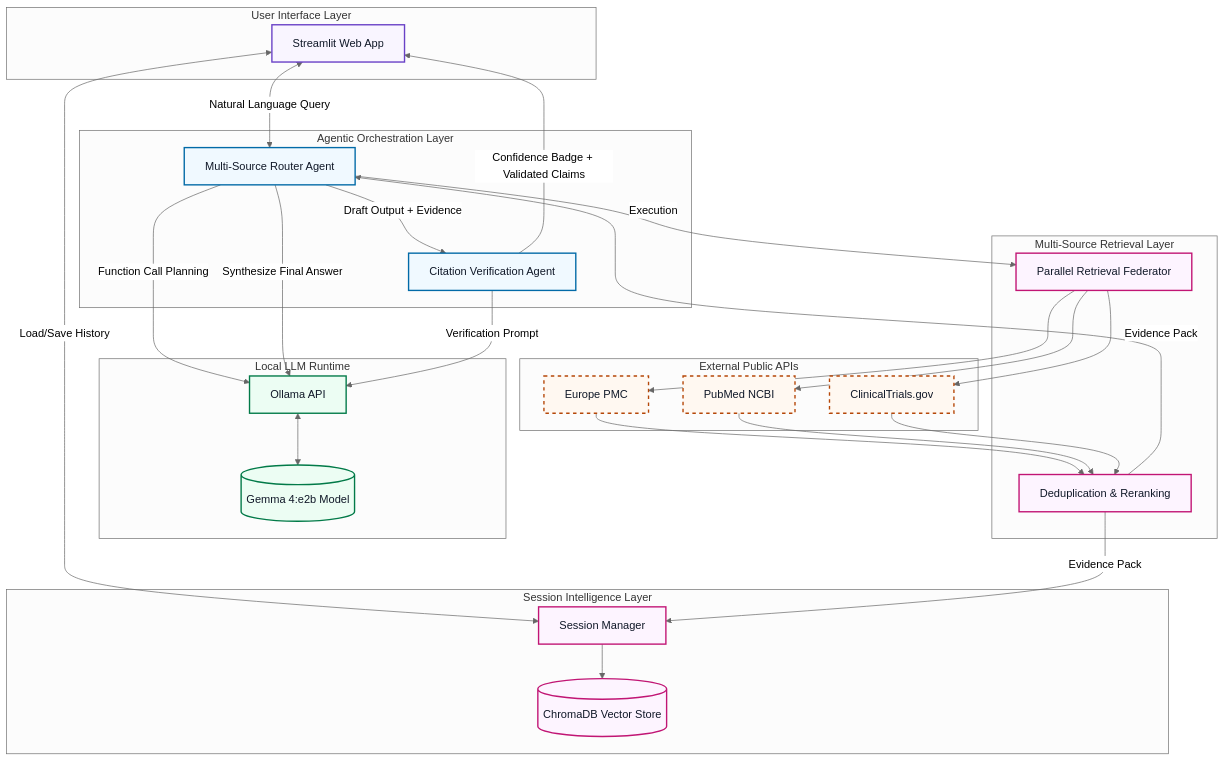
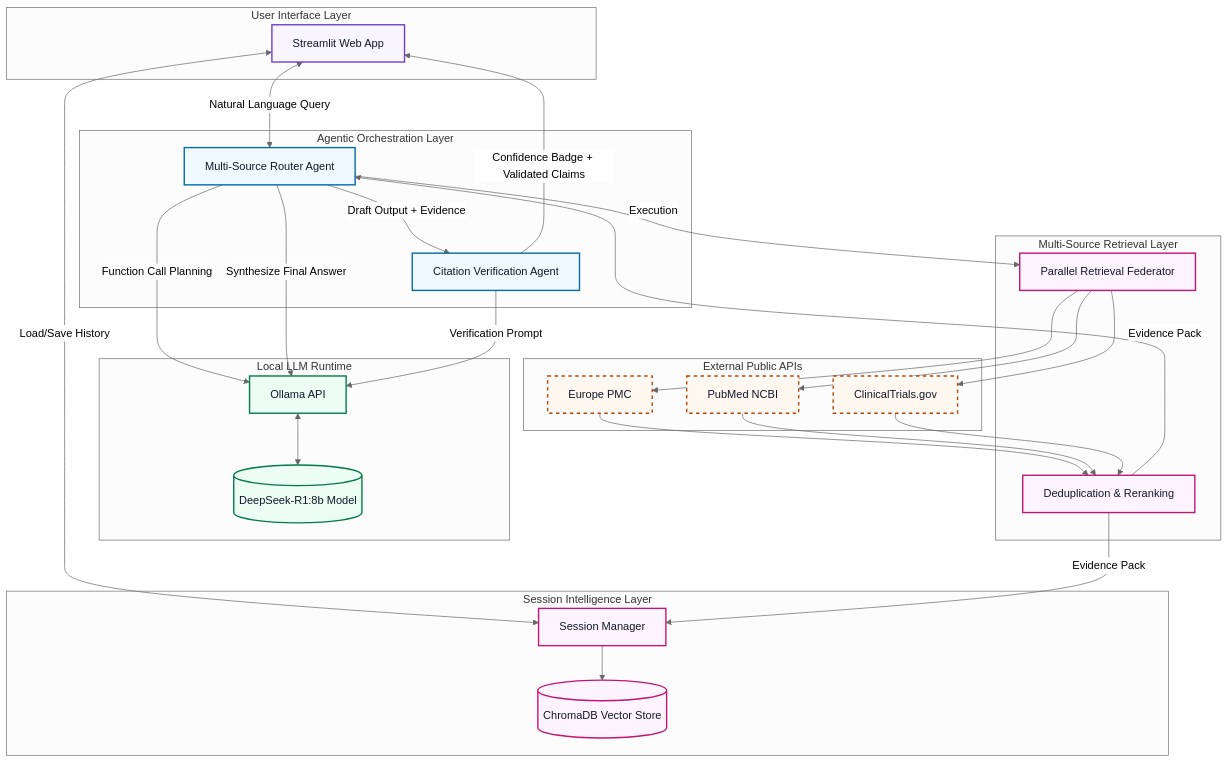
One commit to vmadhuvarshi/Drug_Target_Literature_Agent changed the diagram in docs/diagrams/system_architecture.mmd. Above: the diagram before and after it, drawn with Mermaid (neutral theme). The commit also changed 16 other files, not shown here.

```diff
--- a/docs/diagrams/system_architecture.mmd
+++ b/docs/diagrams/system_architecture.mmd
@@ -1,58 +1,58 @@
 graph TD
     classDef ui fill:#f9f5ff,stroke:#6941c6,stroke-width:2px,color:#101828;
     classDef agent fill:#f0f9ff,stroke:#026aa7,stroke-width:2px,color:#101828;
     classDef data fill:#fdf4ff,stroke:#c11574,stroke-width:2px,color:#101828;
     classDef llm fill:#ecfdf3,stroke:#027a48,stroke-width:2px,color:#101828;
     classDef ext fill:#fff8f1,stroke:#b54708,stroke-width:2px,color:#101828,stroke-dasharray: 5 5;
 
     subgraph User Interface Layer
         UI[Streamlit Web App]:::ui
     end
 
     subgraph Agentic Orchestration Layer
         Router[Multi-Source Router Agent]:::agent
         Verifier[Citation Verification Agent]:::agent
     end
 
     subgraph Local LLM Runtime
         Ollama[Ollama API]:::llm
-        Gemma[(Gemma 4:e2b Model)]:::llm
+        LLMModel[(DeepSeek-R1:8b Model)]:::llm
     end
 
     subgraph Session Intelligence Layer
         SessionMgr[Session Manager]:::data
         Chroma[(ChromaDB Vector Store)]:::data
     end
 
     subgraph Multi-Source Retrieval Layer
         Federator[Parallel Retrieval Federator]:::data
         Dedupe[Deduplication & Reranking]:::data
     end
 
     subgraph External Public APIs
         EPMC[Europe PMC]:::ext
         PubMed[PubMed NCBI]:::ext
         CT[ClinicalTrials.gov]:::ext
     end
 
     UI <-->|Natural Language Query| Router
     UI <-->|Load/Save History| SessionMgr
 
     Router -->|Function Call Planning| Ollama
     Router -->|Execution| Federator
 
     Federator --> EPMC
     Federator --> PubMed
     Federator --> CT
 
     EPMC & PubMed & CT --> Dedupe
     Dedupe -->|Evidence Pack| SessionMgr
     SessionMgr --> Chroma
 
     Dedupe -->|Evidence Pack| Router
     Router -->|Synthesize Final Answer| Ollama
-    Ollama <--> Gemma
+    Ollama <--> LLMModel
 
     Router -->|Draft Output + Evidence| Verifier
     Verifier -->|Verification Prompt| Ollama
     Verifier -->|Confidence Badge + Validated Claims| UI
```
